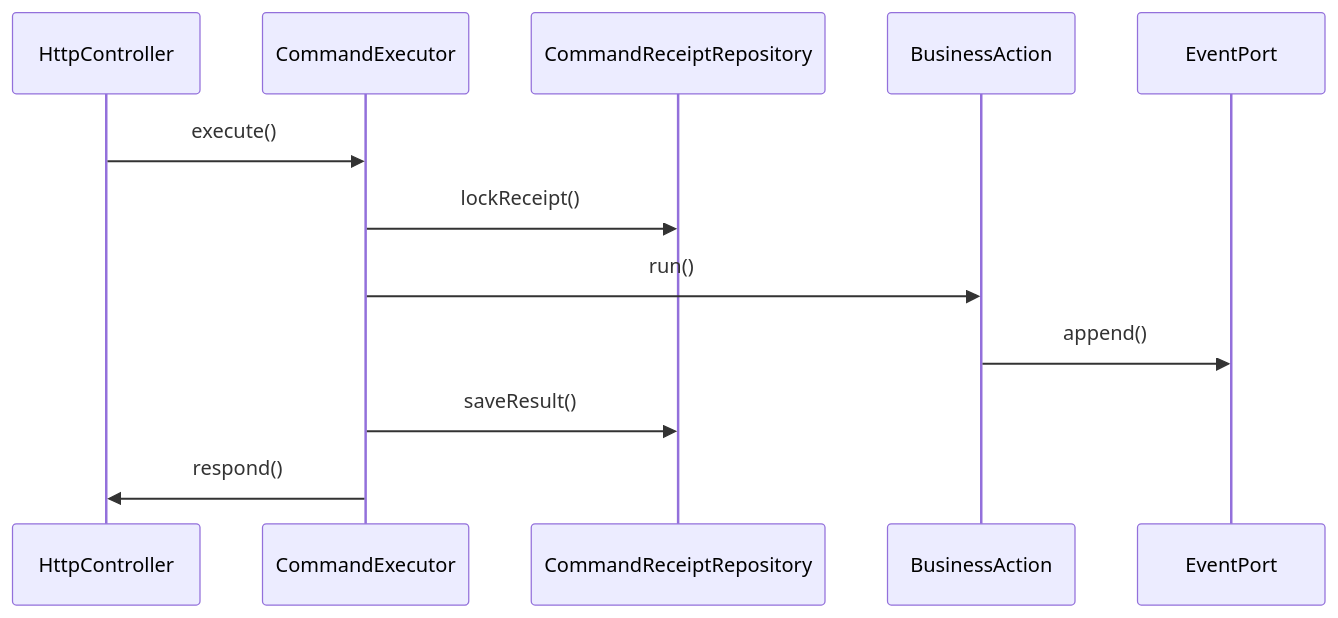
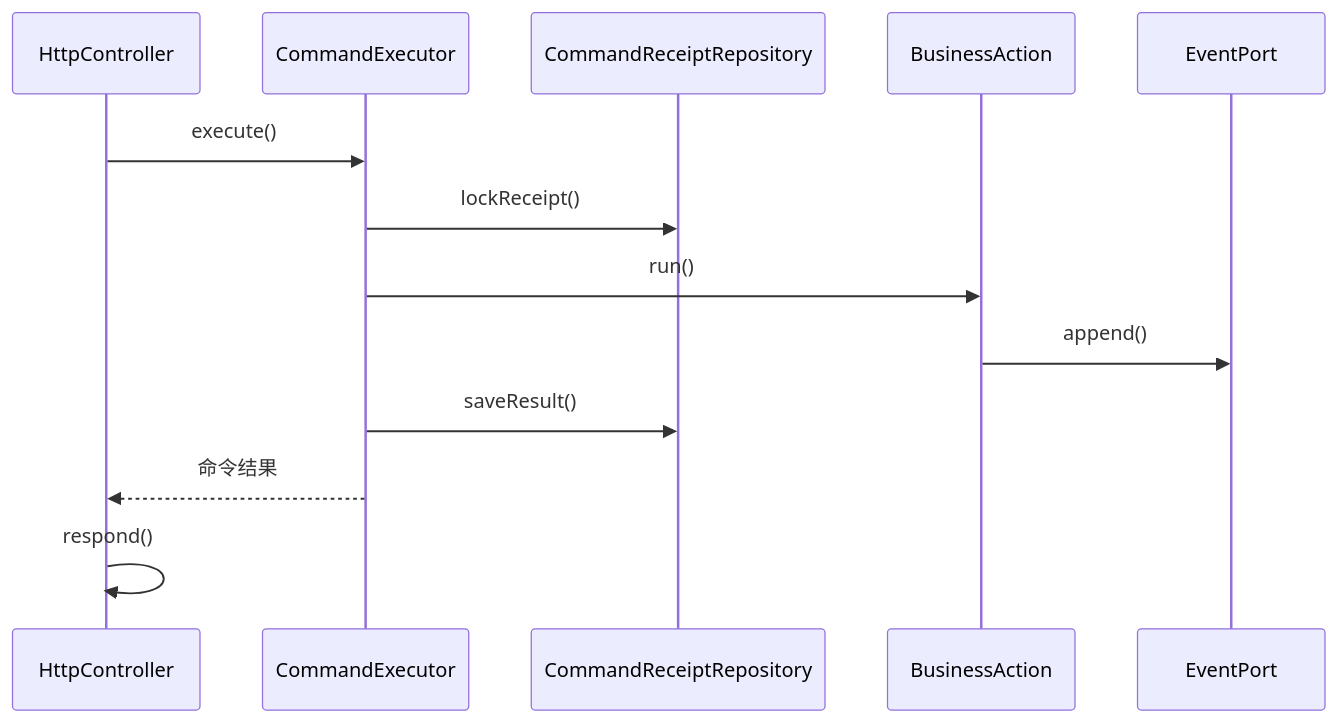
One commit to Rito-492/campus-sched changed the fourth of 44 diagrams in docs/design/software-design-task4.md. Above: the diagram before and after it, drawn with Mermaid. The commit also changed other lines of this file and 3 other files, not shown here.

Commit message:
docs: 修正任务4顺序图HTTP边界与页面调用方向

````diff
--- a/docs/design/software-design-task4.md
+++ b/docs/design/software-design-task4.md
@@ -1123,14 +1128,15 @@
 ```mermaid
 sequenceDiagram
  participant HttpController
  participant CommandExecutor
  participant CommandReceiptRepository
  participant BusinessAction
  participant EventPort
  HttpController->>CommandExecutor: execute()
  CommandExecutor->>CommandReceiptRepository: lockReceipt()
  CommandExecutor->>BusinessAction: run()
  BusinessAction->>EventPort: append()
  CommandExecutor->>CommandReceiptRepository: saveResult()
- CommandExecutor->>HttpController: respond()
+ CommandExecutor-->>HttpController: 命令结果
+ HttpController->>HttpController: respond()
 ```
````
